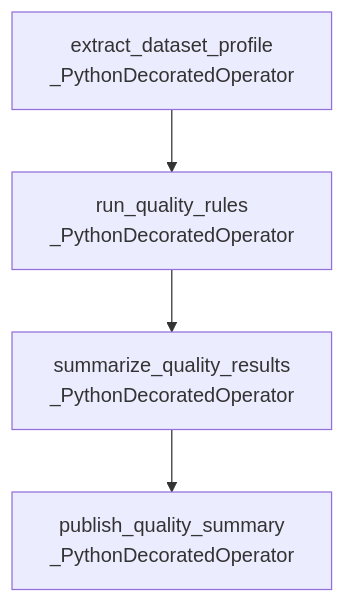
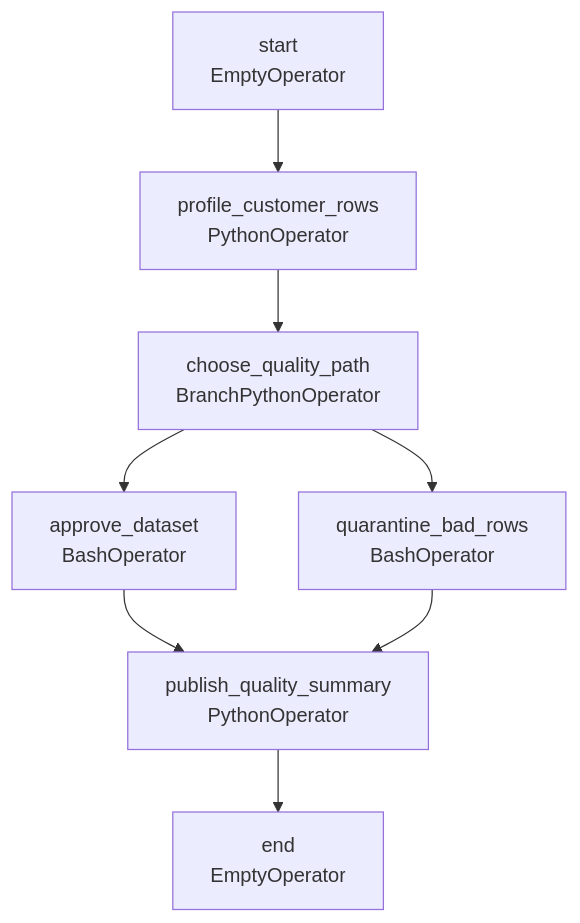
The diagram in Documentation/daily_data_quality_checks_docs.md (itsraushan99/Airflow-docs-auto-test), drawn with Mermaid before and after one commit. The commit also changed other lines of this file and 1 other file, not shown here.

Commit message:
Update DAG documentation [skip ci]

````diff
--- a/Documentation/daily_data_quality_checks_docs.md
+++ b/Documentation/daily_data_quality_checks_docs.md
@@ -22,10 +22,17 @@
 ```mermaid
 flowchart TD
-    task_1["extract_dataset_profile<br/>_PythonDecoratedOperator"]
-    task_2["publish_quality_summary<br/>_PythonDecoratedOperator"]
-    task_3["run_quality_rules<br/>_PythonDecoratedOperator"]
-    task_4["summarize_quality_results<br/>_PythonDecoratedOperator"]
-    task_1 --> task_3
-    task_3 --> task_4
+    task_1["approve_dataset<br/>BashOperator"]
+    task_2["choose_quality_path<br/>BranchPythonOperator"]
+    task_3["end<br/>EmptyOperator"]
+    task_4["profile_customer_rows<br/>PythonOperator"]
+    task_5["publish_quality_summary<br/>PythonOperator"]
+    task_6["quarantine_bad_rows<br/>BashOperator"]
+    task_7["start<br/>EmptyOperator"]
+    task_1 --> task_5
+    task_2 --> task_1
+    task_2 --> task_6
     task_4 --> task_2
+    task_5 --> task_3
+    task_6 --> task_5
+    task_7 --> task_4
 ```
````
